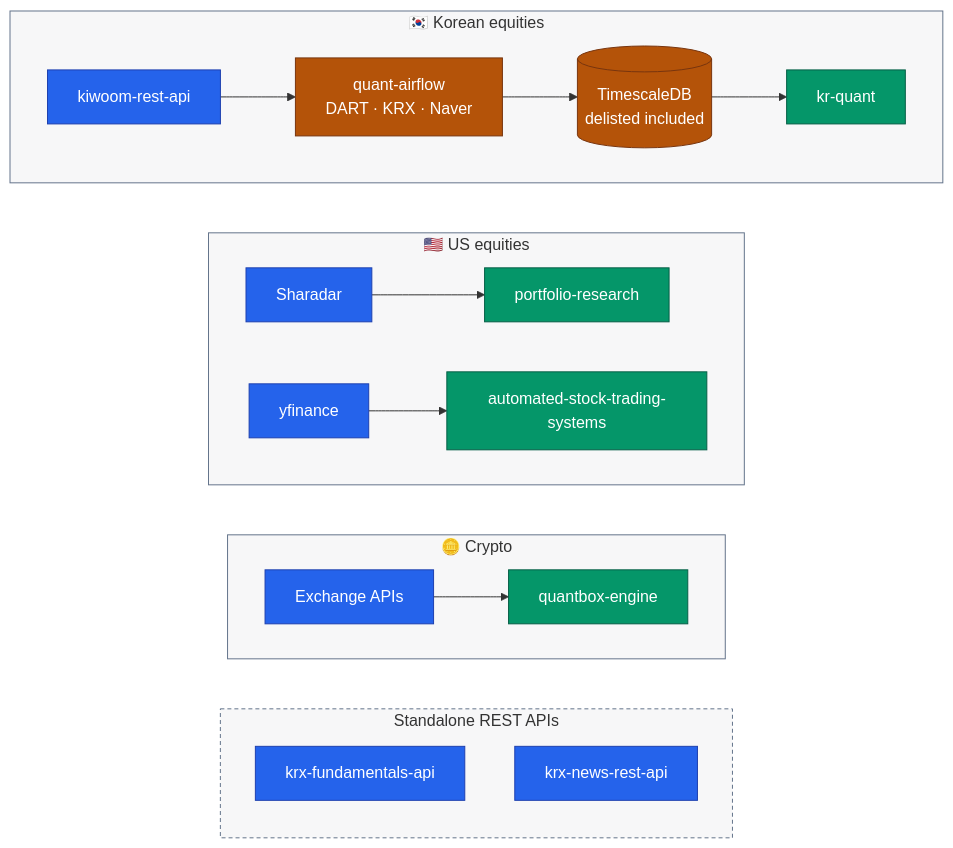
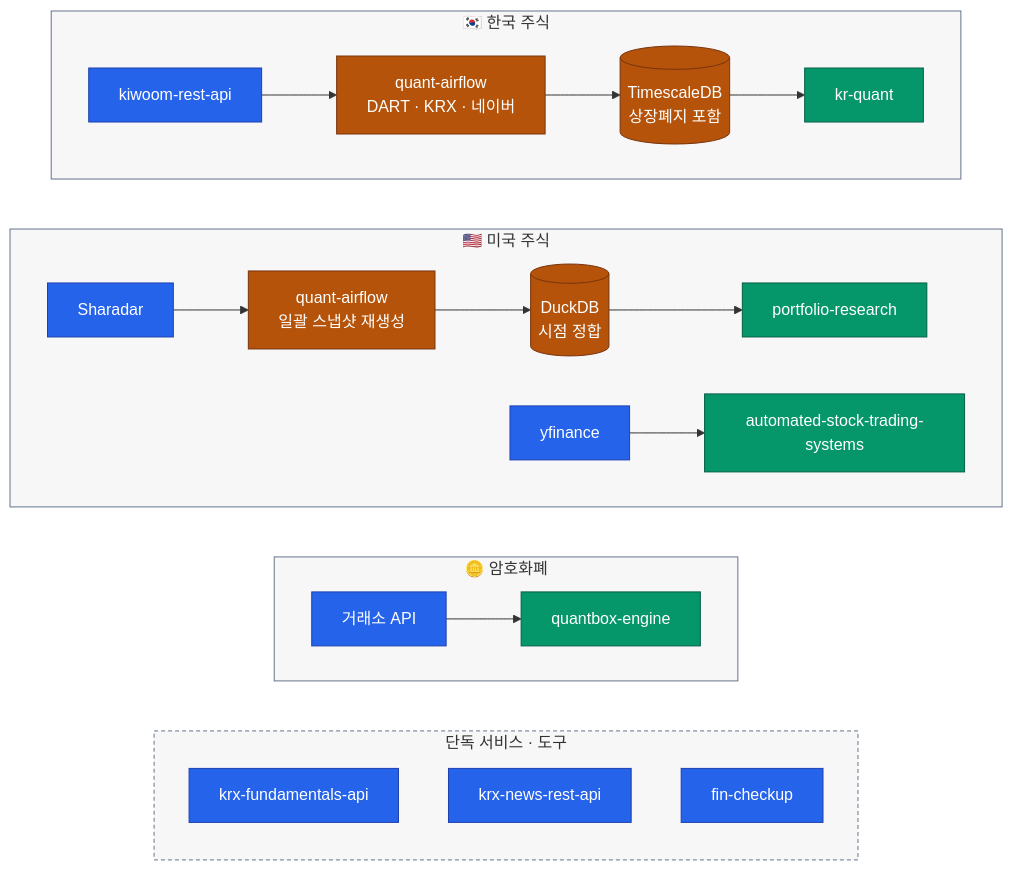
The diagram in README.md (younghwan91/younghwan91), drawn with Mermaid before and after one commit. The commit also changed other lines of this file and 2 other files, not shown here.

````diff
--- a/README.md
+++ b/README.md
@@ -28,40 +29,41 @@
 ```mermaid
 flowchart TB
-    subgraph KR ["🇰🇷 Korean equities"]
+    subgraph KR ["🇰🇷 한국 주식"]
         direction LR
-        K["kiwoom-rest-api"] --> AF["quant-airflow<br/>DART · KRX · Naver"] --> DB[("TimescaleDB<br/>delisted included")] --> Q["kr-quant"]
+        K["kiwoom-rest-api"] --> AF["quant-airflow<br/>DART · KRX · 네이버"] --> DB[("TimescaleDB<br/>상장폐지 포함")] --> Q["kr-quant"]
     end
 
-    subgraph US ["🇺🇸 US equities"]
+    subgraph US ["🇺🇸 미국 주식"]
         direction LR
-        SH["Sharadar"] --> O["portfolio-research"]
+        SH["Sharadar"] --> AFU["quant-airflow<br/>일괄 스냅샷 재생성"] --> DD[("DuckDB<br/>시점 정합")] --> O["portfolio-research"]
         YF["yfinance"] --> AT["automated-stock-trading-systems"]
     end
 
-    subgraph CX ["🪙 Crypto"]
+    subgraph CX ["🪙 암호화폐"]
         direction LR
-        EX["Exchange APIs"] --> CR["quantbox-engine"]
+        EX["거래소 API"] --> CR["quantbox-engine"]
     end
 
-    subgraph SVC ["Standalone REST APIs"]
+    subgraph SVC ["단독 서비스 · 도구"]
         direction TB
         F["krx-fundamentals-api"]
         NW["krx-news-rest-api"]
+        FC["fin-checkup"]
     end
 
     %% 세로 정렬용 — `~~~` 는 그 자체로 보이지 않는 링크다(linkStyle 불필요).
     KR ~~~ US ~~~ CX ~~~ SVC
 
     classDef source fill:#2563EB,stroke:#1E40AF,color:#FFFFFF
     classDef move   fill:#B45309,stroke:#78350F,color:#FFFFFF
     classDef out    fill:#059669,stroke:#065F46,color:#FFFFFF
 
-    class K,SH,YF,EX,F,NW source
-    class AF,DB move
+    class K,SH,YF,EX,F,NW,FC source
+    class AF,AFU,DB,DD move
     class Q,O,AT,CR out
 
     style KR  fill:#0F172A08,stroke:#64748B
     style US  fill:#0F172A08,stroke:#64748B
     style CX  fill:#0F172A08,stroke:#64748B
     style SVC fill:#0F172A08,stroke:#64748B,stroke-dasharray:4 3
 ```
````
